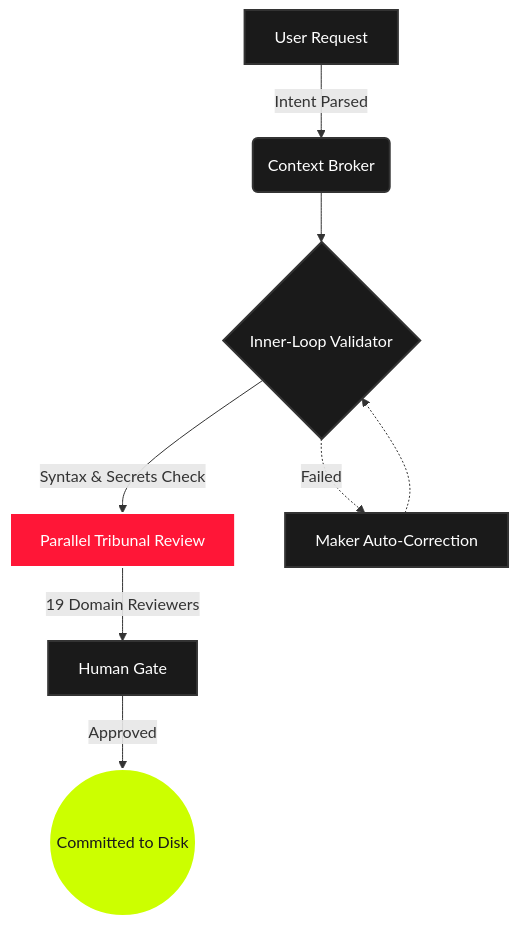
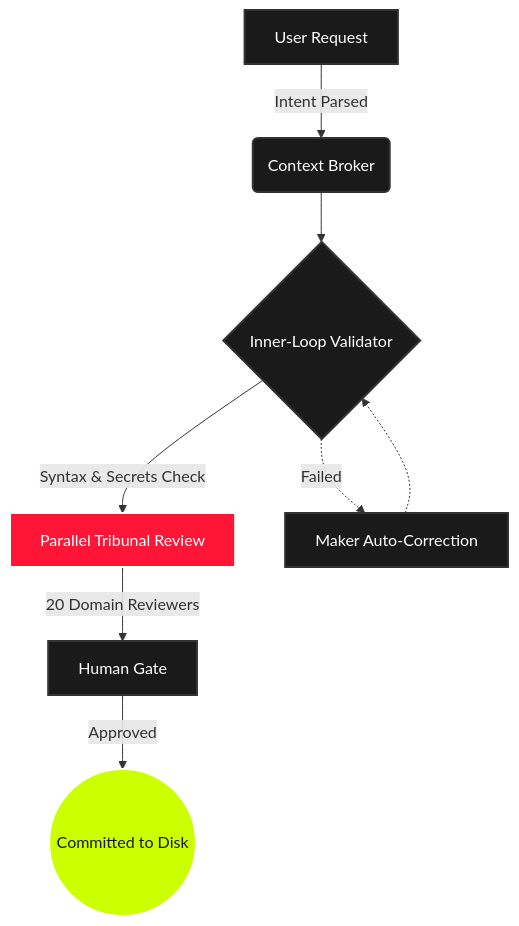
Before and after one commit to Harmitx7/tribunal-kit: the diagram in README.md, drawn with Mermaid. The commit also changed other lines of this file and 15 other files, not shown here.

````diff
--- a/README.md
+++ b/README.md
@@ -90,19 +198,19 @@
 ```mermaid
 graph TD
     A[User Request] -->|Intent Parsed| B(Context Broker)
     B --> C{Inner-Loop Validator}
 
     C -->|Syntax & Secrets Check| D[Parallel Tribunal Review]
     C -.->|Failed| E[Maker Auto-Correction]
     E -.-> C
 
-    D -->|19 Domain Reviewers| F[Human Gate]
+    D -->|20 Domain Reviewers| F[Human Gate]
     F -->|Approved| G((Committed to Disk))
 
     classDef default fill:#1a1a1a,stroke:#333,stroke-width:2px,color:#fff;
     classDef critical fill:#ff1637,stroke:#fff,stroke-width:2px,color:#fff;
     classDef success fill:#ccff00,stroke:#fff,stroke-width:2px,color:#1a1a1a;
 
     class D critical;
     class G success;
 ```
````
